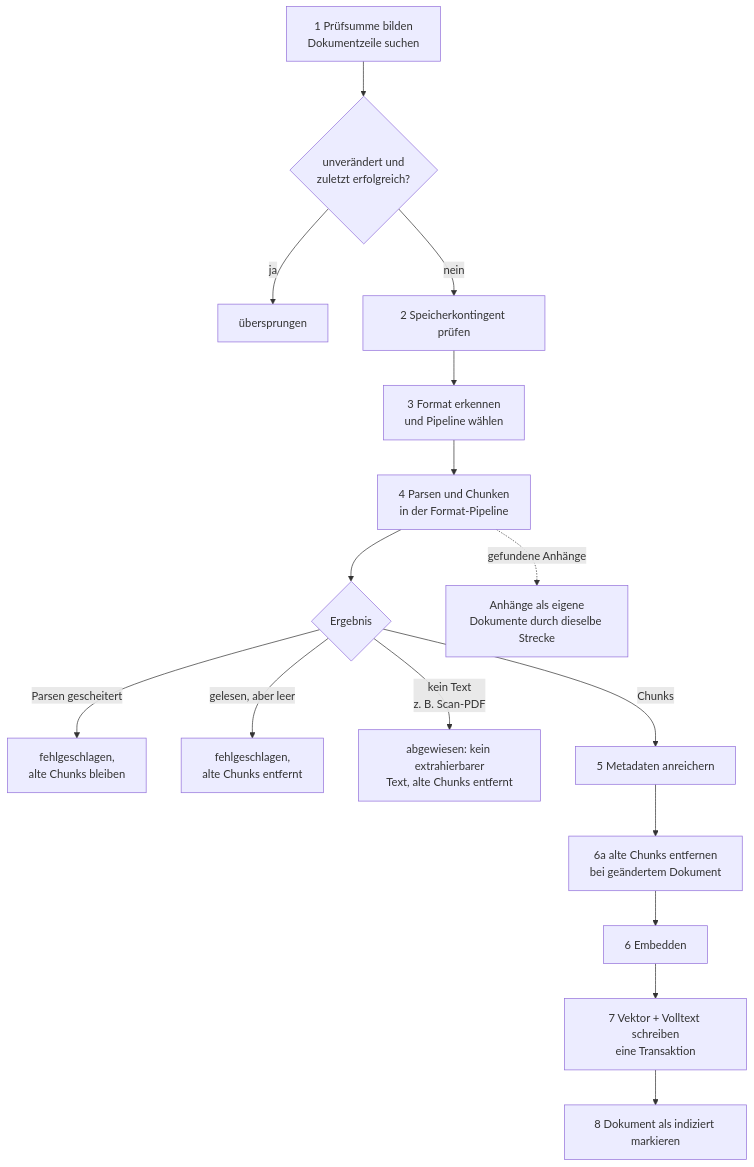
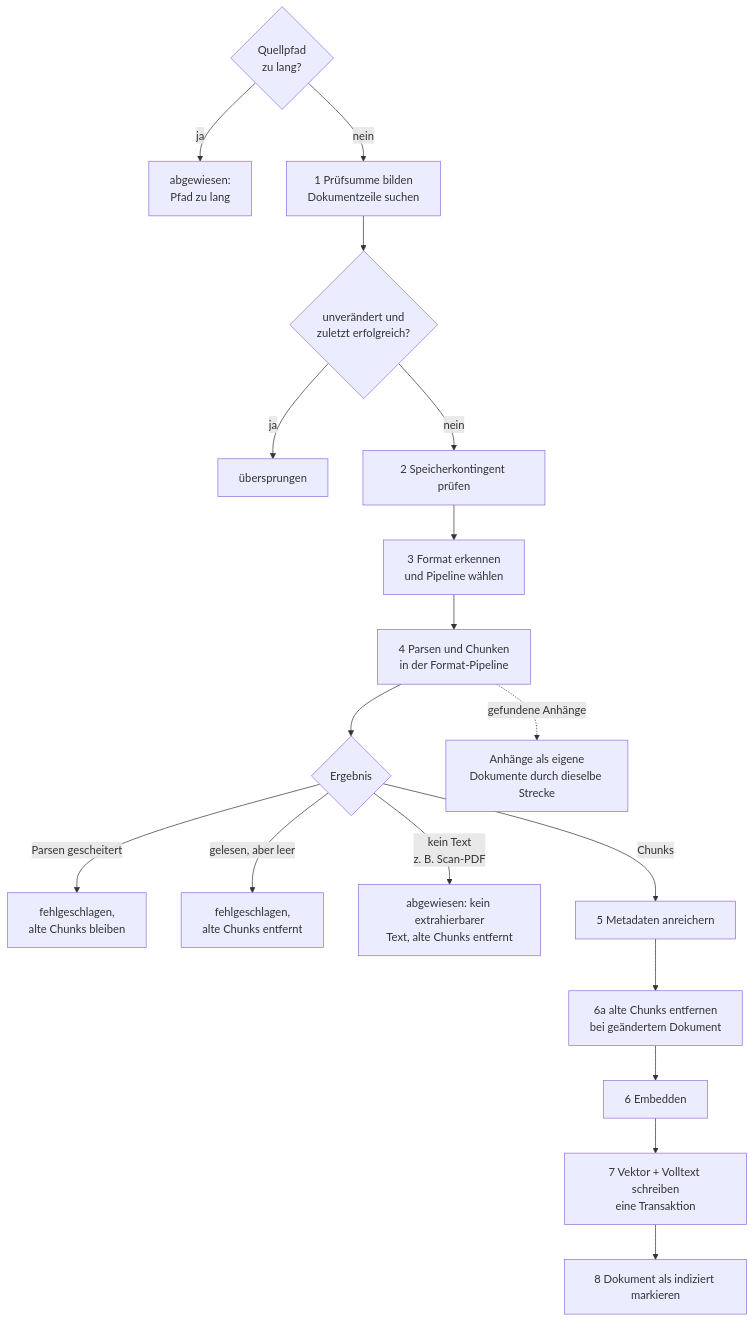
Before and after one commit to criew/opaa: the fifth of 7 diagrams in docs/handbuch/indexierung.md, drawn with Mermaid. The commit also changed other lines of this file and 10 other files, not shown here.

````diff
--- a/docs/handbuch/indexierung.md
+++ b/docs/handbuch/indexierung.md
@@ -994,18 +994,20 @@
 ```mermaid
 flowchart TB
-    S1[1 Prüfsumme bilden<br/>Dokumentzeile suchen] --> Q{unverändert und<br/>zuletzt erfolgreich?}
+    P{Quellpfad<br/>zu lang?} -- ja --> PL[abgewiesen:<br/>Pfad zu lang]
+    P -- nein --> S1[1 Prüfsumme bilden<br/>Dokumentzeile suchen]
+    S1 --> Q{unverändert und<br/>zuletzt erfolgreich?}
     Q -- ja --> SK[übersprungen]
     Q -- nein --> S2[2 Speicherkontingent prüfen]
     S2 --> S3[3 Format erkennen<br/>und Pipeline wählen]
     S3 --> S4[4 Parsen und Chunken<br/>in der Format-Pipeline]
     S4 --> R{Ergebnis}
     R -- Parsen gescheitert --> FP[fehlgeschlagen,<br/>alte Chunks bleiben]
     R -- gelesen, aber leer --> FA[fehlgeschlagen,<br/>alte Chunks entfernt]
     R -- kein Text<br/>z. B. Scan-PDF --> NT[abgewiesen: kein extrahierbarer<br/>Text, alte Chunks entfernt]
     R -- Chunks --> S5[5 Metadaten anreichern]
     S5 --> S6b[6a alte Chunks entfernen<br/>bei geändertem Dokument]
     S6b --> S6[6 Embedden]
     S6 --> S7[7 Vektor + Volltext schreiben<br/>eine Transaktion]
     S7 --> S8[8 Dokument als indiziert markieren]
     S4 -. gefundene Anhänge .-> AT[Anhänge als eigene<br/>Dokumente durch dieselbe Strecke]
 ```
````
